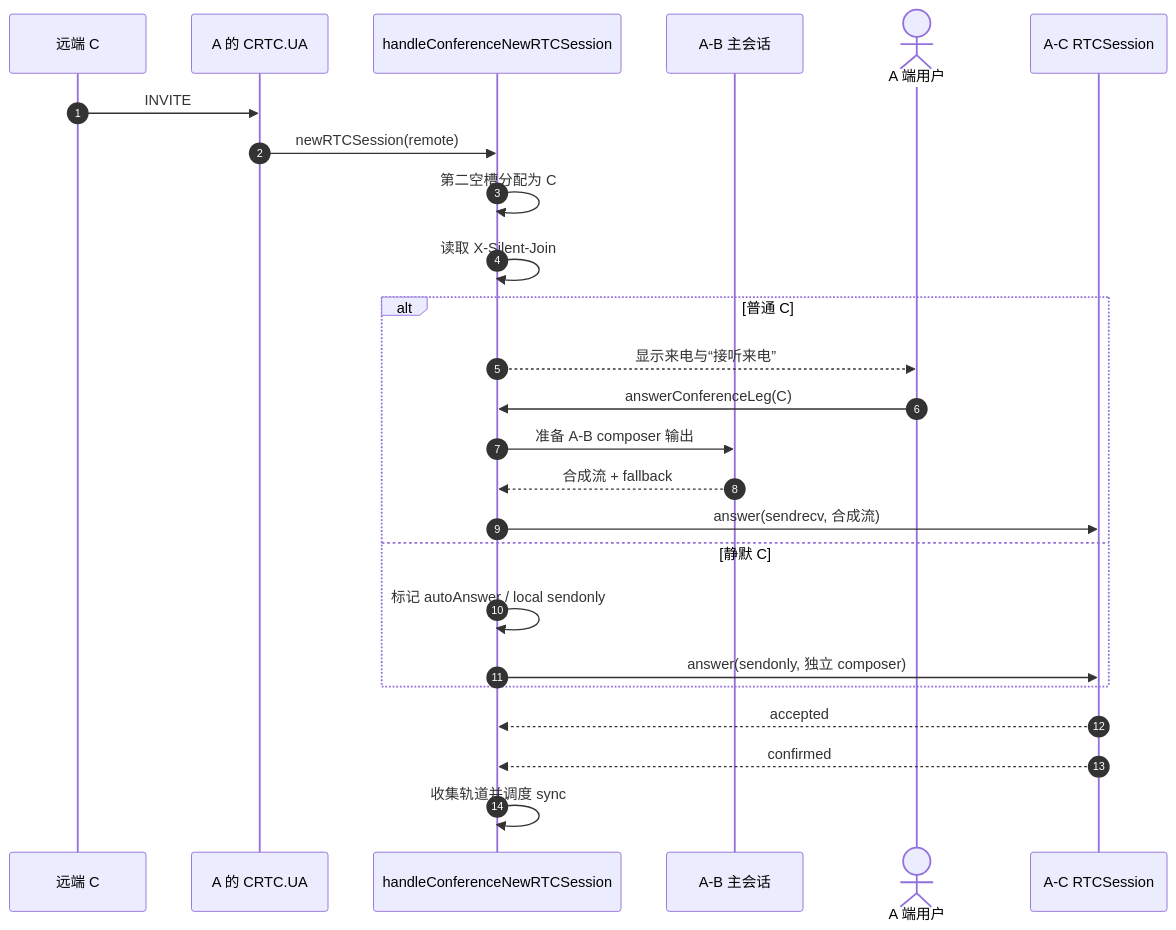
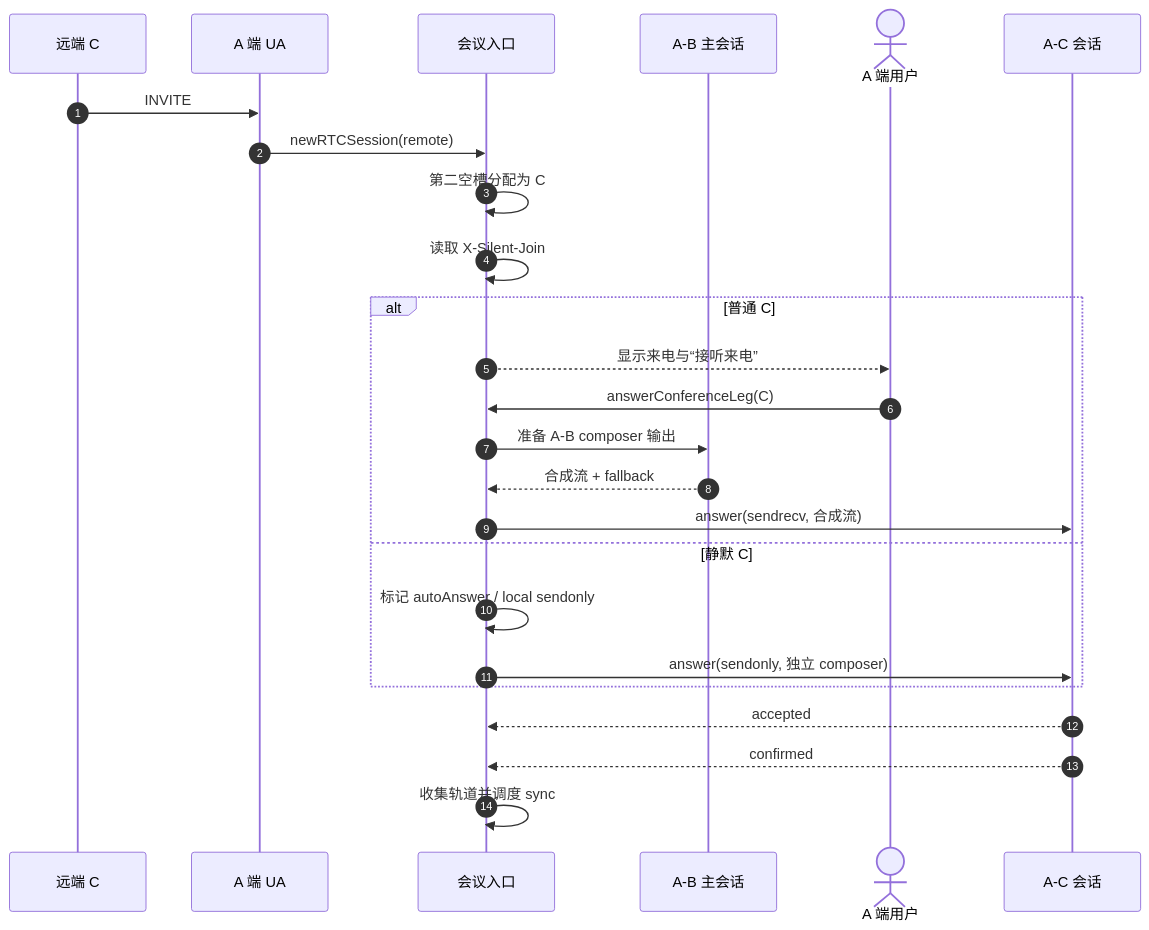
One commit to lei40251/JsSIP changed the sixth of 17 diagrams in docs/app-conference-guide.md. Above: the diagram before and after it, drawn with Mermaid. The commit also changed other lines of this file and 1 other file, not shown here.

````diff
--- a/docs/app-conference-guide.md
+++ b/docs/app-conference-guide.md
@@ -349,30 +375,30 @@
 ```mermaid
 sequenceDiagram
   autonumber
   participant C as 远端 C
-  participant UA as A 的 CRTC.UA
-  participant Handler as handleConferenceNewRTCSession
+  participant UA as A 端 UA
+  participant Handler as 会议入口
   participant Host as A-B 主会话
   actor User as A 端用户
-  participant AC as A-C RTCSession
+  participant AC as A-C 会话
 
   C->>UA: INVITE
   UA->>Handler: newRTCSession(remote)
   Handler->>Handler: 第二空槽分配为 C
   Handler->>Handler: 读取 X-Silent-Join
 
   alt 普通 C
     Handler-->>User: 显示来电与“接听来电”
     User->>Handler: answerConferenceLeg(C)
     Handler->>Host: 准备 A-B composer 输出
     Host-->>Handler: 合成流 + fallback
     Handler->>AC: answer(sendrecv, 合成流)
   else 静默 C
     Handler->>Handler: 标记 autoAnswer / local sendonly
     Handler->>AC: answer(sendonly, 独立 composer)
   end
 
   AC-->>Handler: accepted
   AC-->>Handler: confirmed
   Handler->>Handler: 收集轨道并调度 sync
 ```
````
